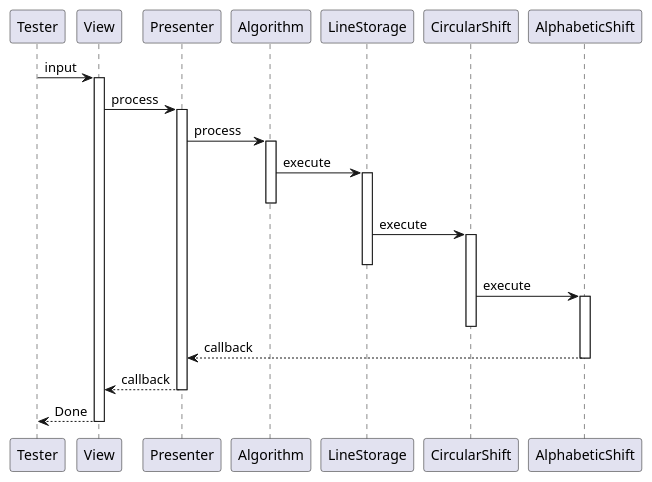
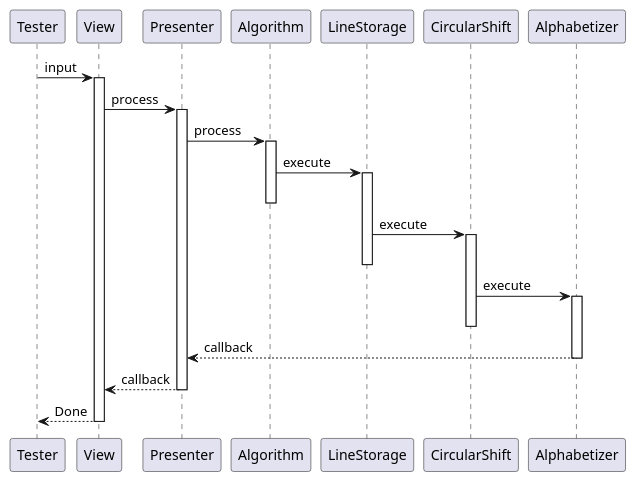
One commit to wenxi-zeng/sadocuments changed the fourth of 5 diagrams in out/srsplantuml.md. Above: the diagram before and after it, drawn with PlantUML. The commit also changed other lines of this file, not shown here.

````diff
--- a/out/srsplantuml.md
+++ b/out/srsplantuml.md
@@ -115,36 +115,36 @@
 ```plantuml
 @startuml
 participant Tester
 
 Tester -> View: input
 activate View
 
 View -> Presenter: process
 activate Presenter
 
 Presenter -> Algorithm: process
 activate Algorithm
 
 Algorithm -> LineStorage: execute
 activate LineStorage
 deactivate Algorithm
 
 LineStorage -> CircularShift: execute
 activate CircularShift
 deactivate LineStorage
 
-CircularShift -> AlphabeticShift: execute
-activate AlphabeticShift
+CircularShift -> Alphabetizer: execute
+activate Alphabetizer
 deactivate CircularShift
 
-AlphabeticShift --> Presenter: callback
-deactivate AlphabeticShift
+Alphabetizer --> Presenter: callback
+deactivate Alphabetizer
 
 Presenter --> View: callback
 deactivate Presenter
 
 View --> Tester: Done
 deactivate View
 
 @enduml
 ```
````
